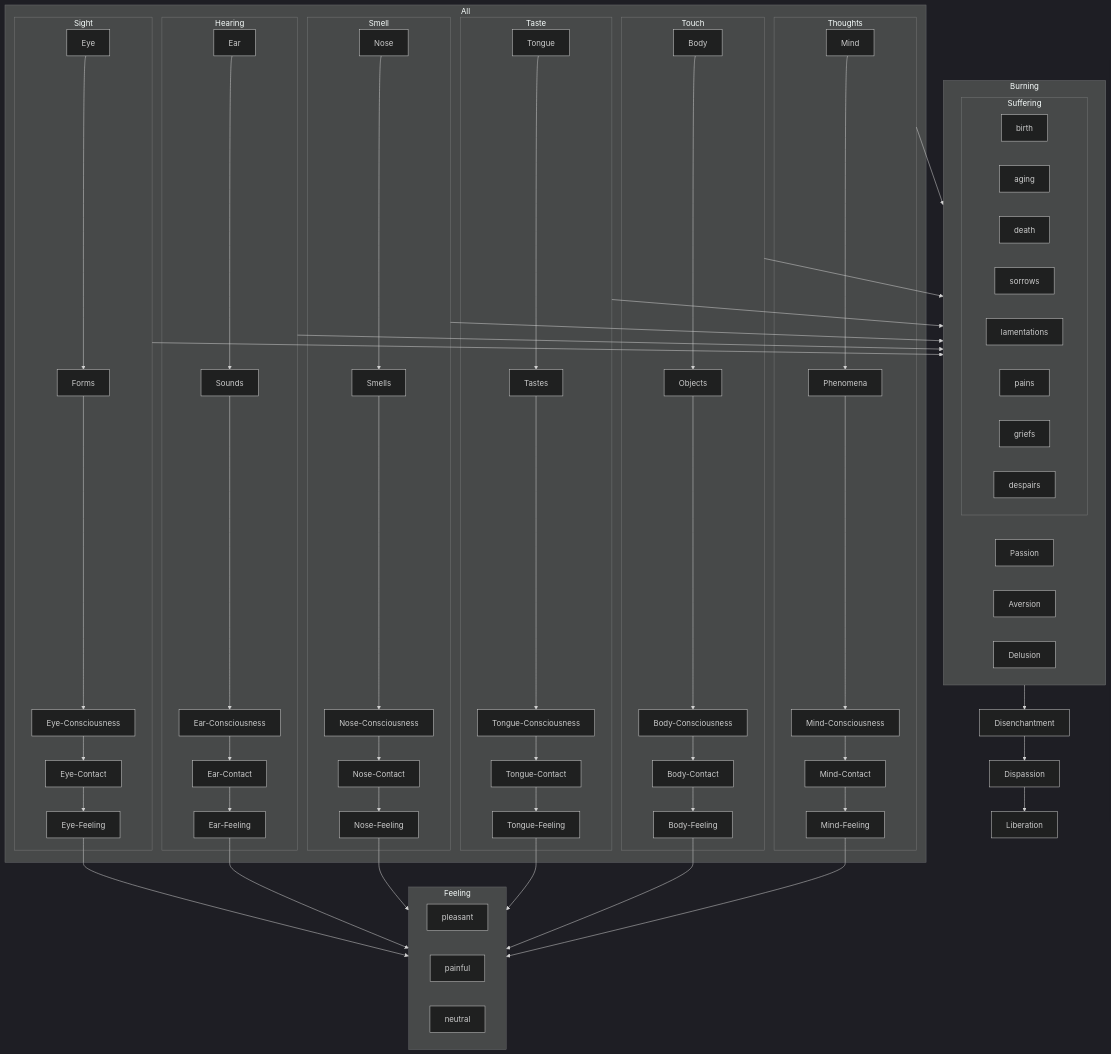
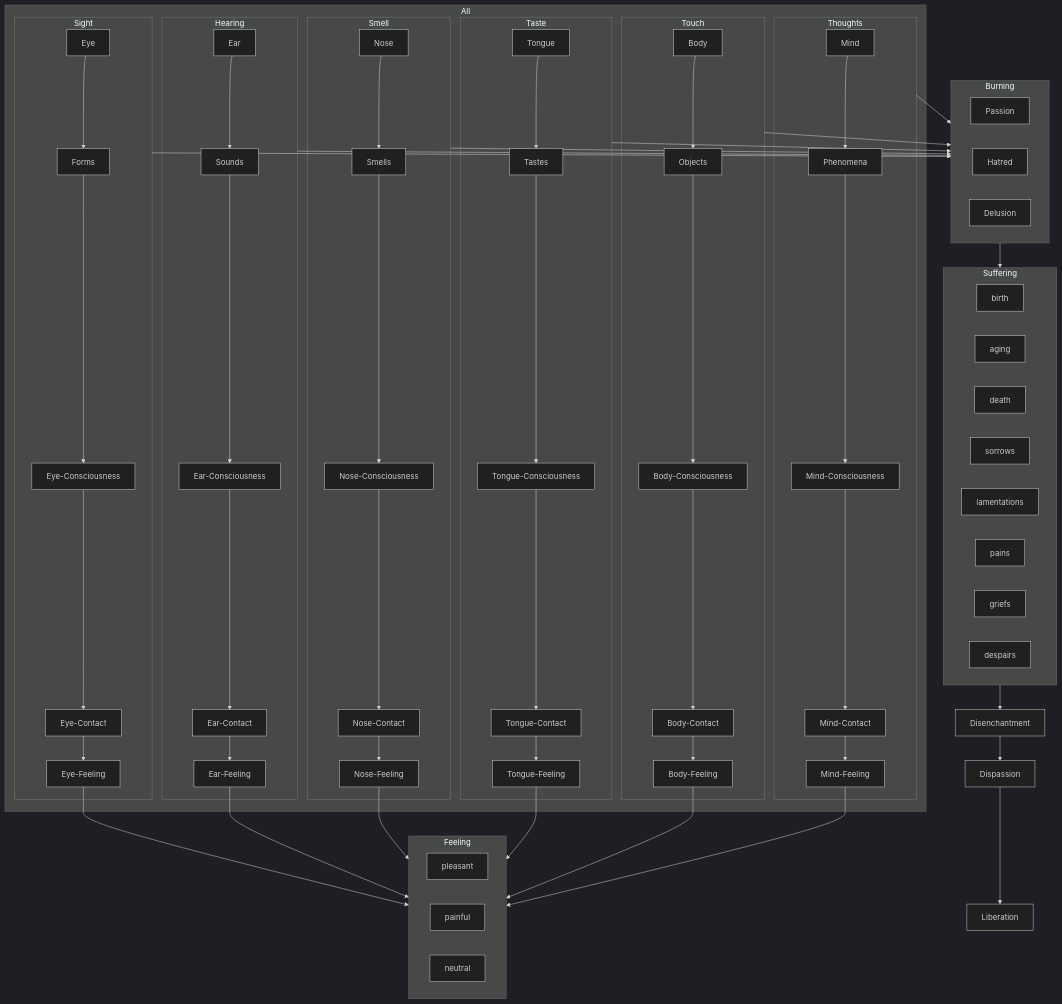
Before and after one commit to ChristineTham/tidipa: diagram 16 of 16 in content/Khandhaka/1.12.md, drawn with Mermaid (dark theme). The commit also changed other lines of this file and 14 other files, not shown here.

````diff
--- a/content/Khandhaka/1.12.md
+++ b/content/Khandhaka/1.12.md
@@ -515,47 +515,46 @@
 ```mermaid
 graph
 subgraph All
 	subgraph Sight
 		Eye --> Forms --> Eye-Consciousness --> Eye-Contact --> Eye-Feeling
 	end
 	subgraph Hearing
 		Ear --> Sounds --> Ear-Consciousness --> Ear-Contact --> Ear-Feeling
 	end
 	subgraph Smell
 		Nose --> Smells --> Nose-Consciousness --> Nose-Contact --> Nose-Feeling
 	end	
 	subgraph Taste
 		Tongue --> Tastes --> Tongue-Consciousness --> Tongue-Contact --> Tongue-Feeling
 	end
 	subgraph Touch
 		Body --> Objects --> Body-Consciousness --> Body-Contact --> Body-Feeling
 	end
 	subgraph Thoughts
 		Mind --> Phenomena --> Mind-Consciousness --> Mind-Contact --> Mind-Feeling
 	end
 end
 	Eye-Feeling & Ear-Feeling & Nose-Feeling & Tongue-Feeling & Body-Feeling & Mind-Feeling --> Feeling
 	subgraph Feeling
 		pleasant
 		painful
 		neutral
 	end
-	Sight & Hearing & Smell & Taste & Touch & Thoughts --> B
+	Sight & Hearing & Smell & Taste & Touch & Thoughts --> B --> Suffering
 	subgraph B[Burning]
 		Passion
-		Aversion
+		Hatred
 		Delusion
-		Suffering
 	end
 	subgraph Suffering
 		birth
 		aging
 		death
 		sorrows
 		lamentations
 		pains
 		griefs
 		despairs
 	end
-B --> Disenchantment --> Dispassion --> Liberation
+Suffering --> Disenchantment --> Dispassion --> Liberation
 ```
````
